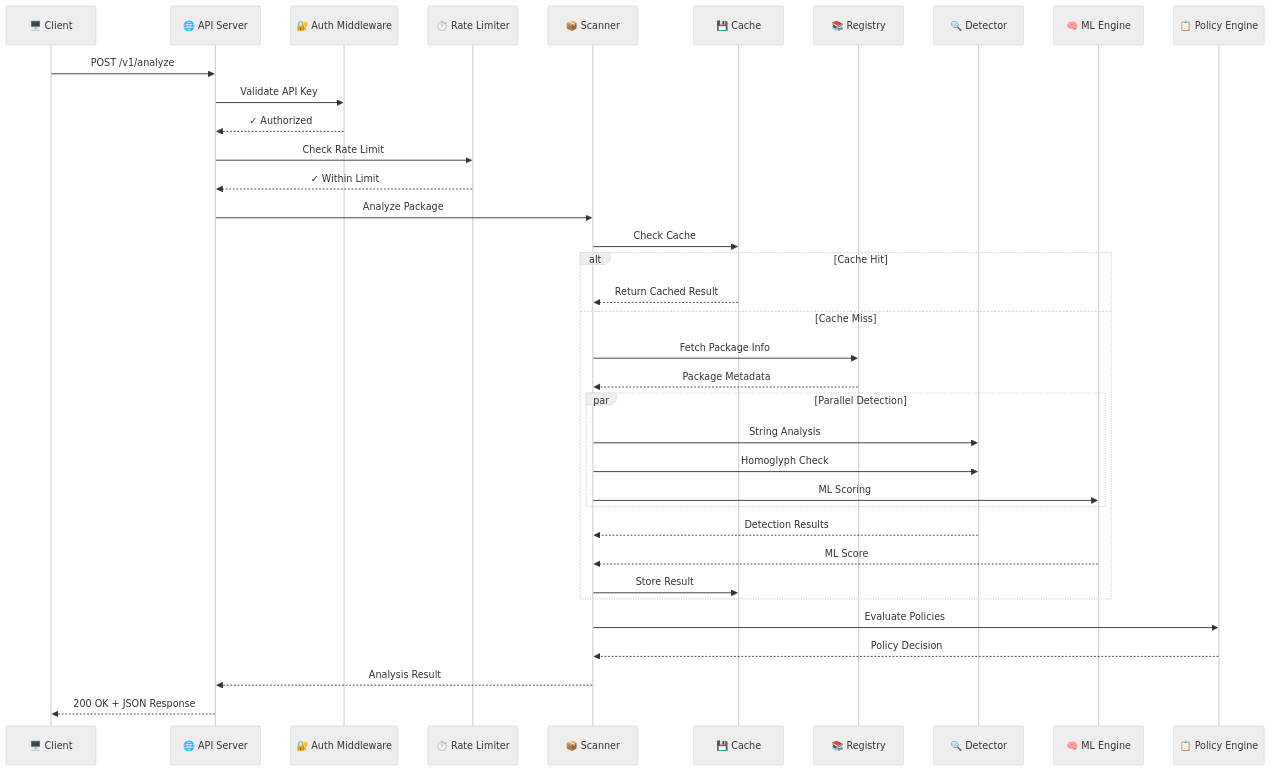
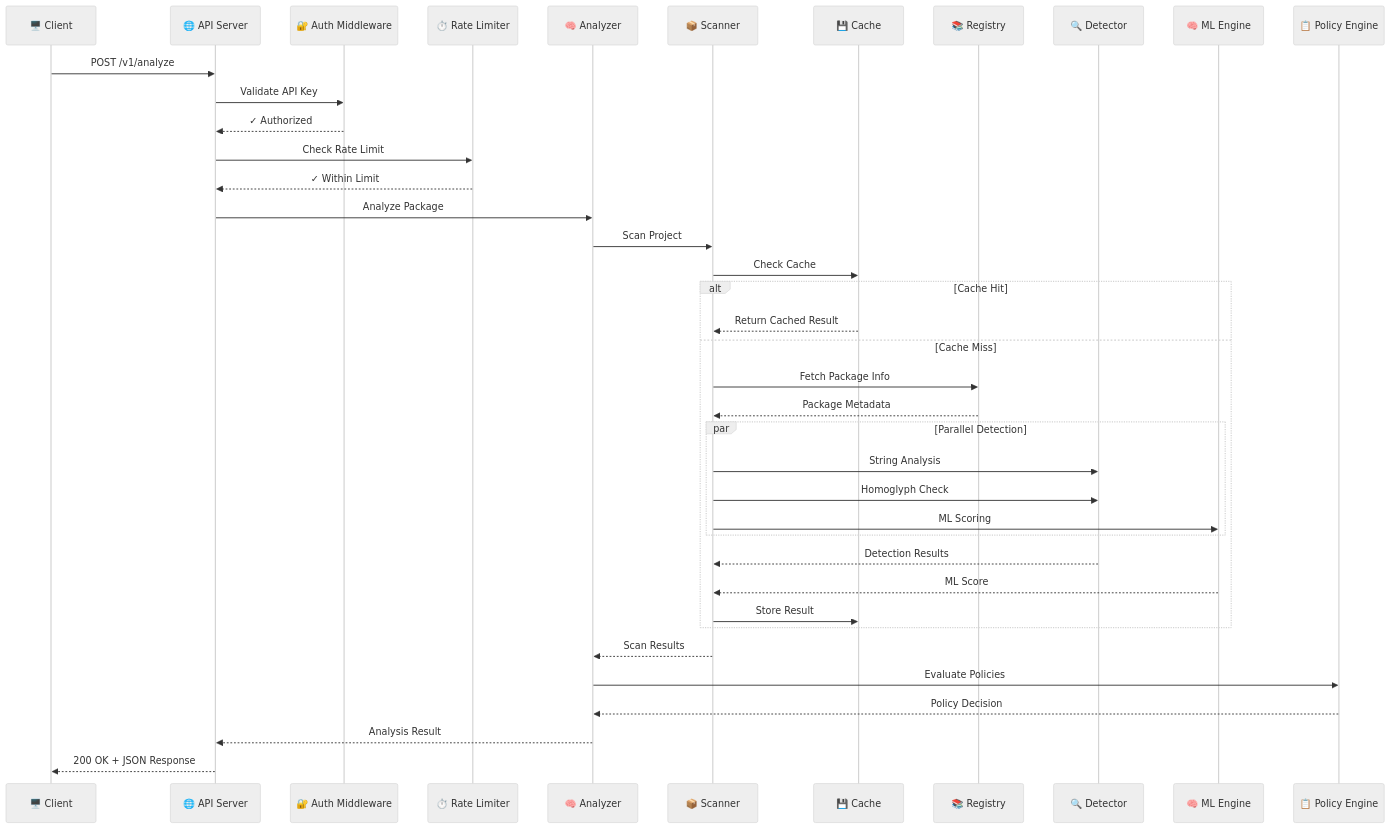
The sixth of 7 diagrams in docs/ARCHITECTURE.md (falcn-io/falcn), drawn with Mermaid (neutral theme) before and after one commit. The commit also changed other lines of this file and 213 other files, not shown here.

Commit message:
Refactor: Unify Scanner/Analyzer Architecture, Bump version to v1.1.0

````diff
--- a/docs/ARCHITECTURE.md
+++ b/docs/ARCHITECTURE.md
@@ -350,46 +366,49 @@
 ```mermaid
 sequenceDiagram
     participant Client as 🖥️ Client
     participant API as 🌐 API Server
     participant Auth as 🔐 Auth Middleware
     participant RateLimit as ⏱️ Rate Limiter
+    participant Analyzer as 🧠 Analyzer
     participant Scanner as 📦 Scanner
     participant Cache as 💾 Cache
     participant Registry as 📚 Registry
     participant Detector as 🔍 Detector
     participant ML as 🧠 ML Engine
     participant Policy as 📋 Policy Engine
 
     Client->>API: POST /v1/analyze
     API->>Auth: Validate API Key
     Auth-->>API: ✓ Authorized
     API->>RateLimit: Check Rate Limit
     RateLimit-->>API: ✓ Within Limit
     
-    API->>Scanner: Analyze Package
+    API->>Analyzer: Analyze Package
+    Analyzer->>Scanner: Scan Project
     Scanner->>Cache: Check Cache
     
     alt Cache Hit
         Cache-->>Scanner: Return Cached Result
     else Cache Miss
         Scanner->>Registry: Fetch Package Info
         Registry-->>Scanner: Package Metadata
         
         par Parallel Detection
             Scanner->>Detector: String Analysis
             Scanner->>Detector: Homoglyph Check
             Scanner->>ML: ML Scoring
         end
         
         Detector-->>Scanner: Detection Results
         ML-->>Scanner: ML Score
         
         Scanner->>Cache: Store Result
     end
     
-    Scanner->>Policy: Evaluate Policies
-    Policy-->>Scanner: Policy Decision
+    Scanner-->>Analyzer: Scan Results
+    Analyzer->>Policy: Evaluate Policies
+    Policy-->>Analyzer: Policy Decision
     
-    Scanner-->>API: Analysis Result
+    Analyzer-->>API: Analysis Result
     API-->>Client: 200 OK + JSON Response
 ```
````
